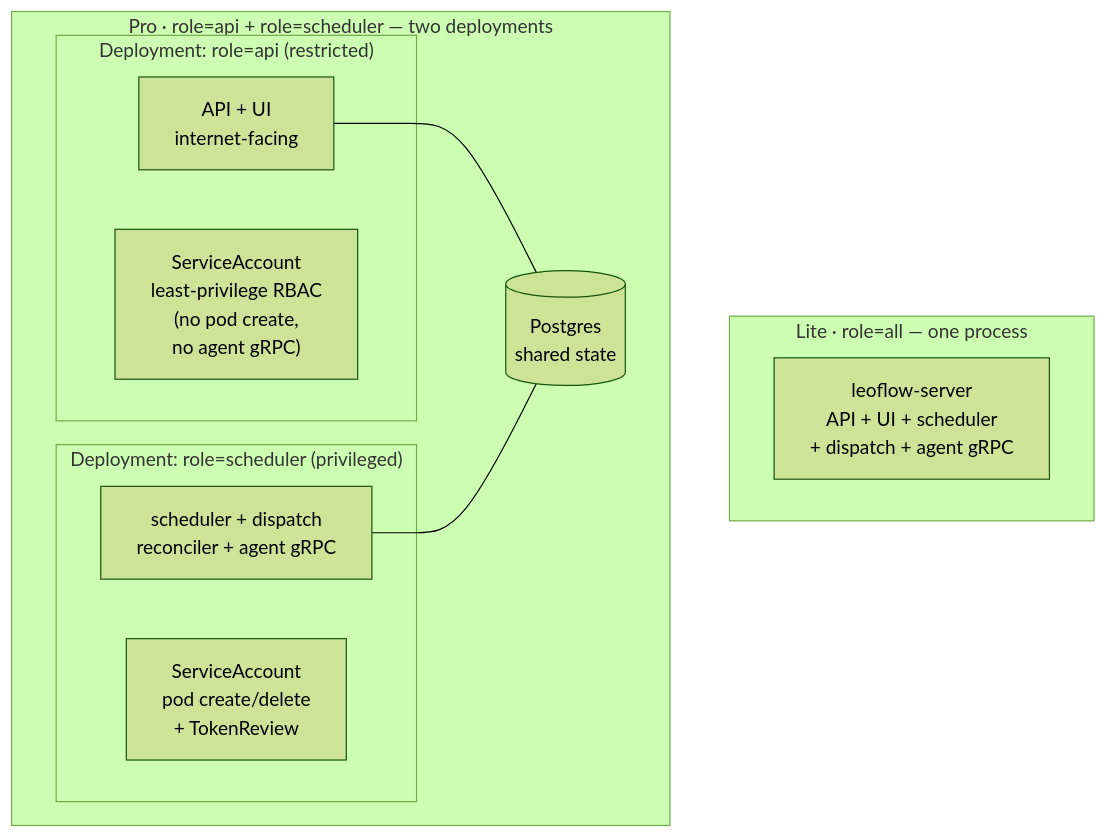
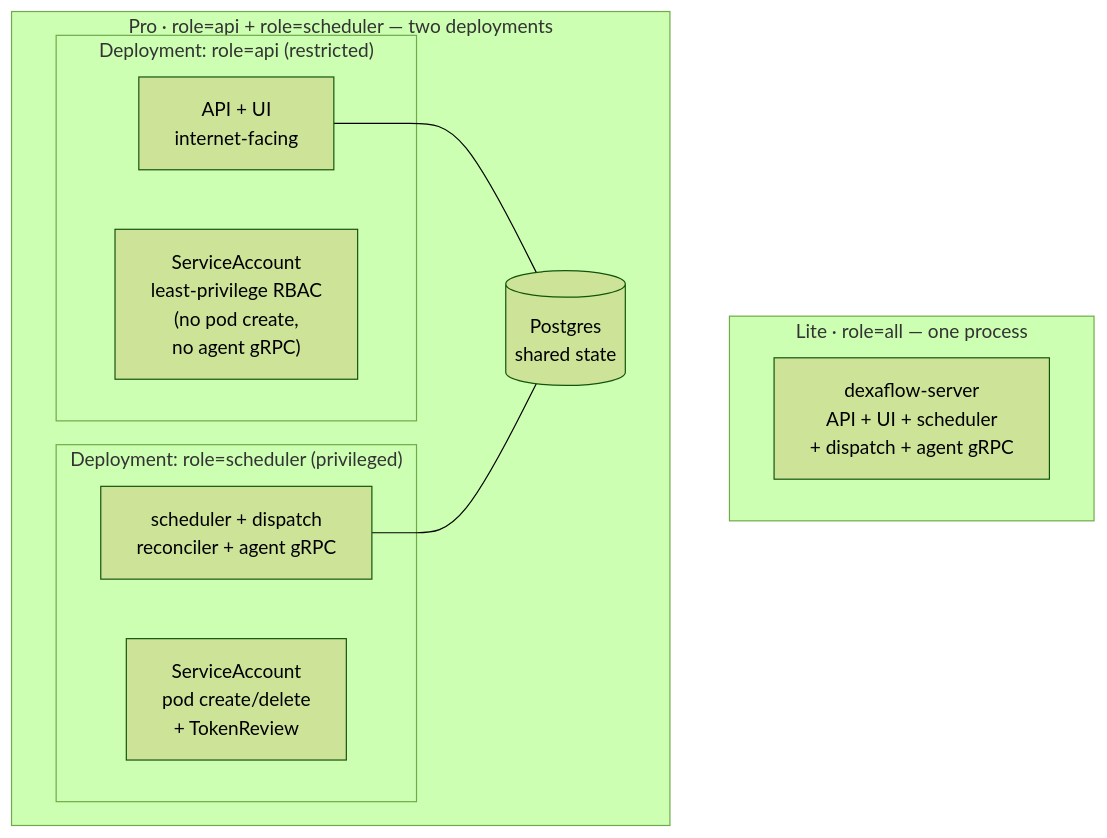
The diagram in website/content/concepts/editions.md (dexadata/dexaflow), drawn with Mermaid (forest theme) before and after one commit. The commit also changed 67 other files, not shown here.

Commit message:
fix: the remaining leoflow names in the UI links, CLI messages, MCP server name and docs

````diff
--- a/website/content/concepts/editions.md
+++ b/website/content/concepts/editions.md
@@ -150,20 +150,20 @@
 ```mermaid
 flowchart TB
   subgraph LITE["Lite · role=all — one process"]
-    ALL["leoflow-server<br/>API + UI + scheduler<br/>+ dispatch + agent gRPC"]
+    ALL["dexaflow-server<br/>API + UI + scheduler<br/>+ dispatch + agent gRPC"]
   end
 
   subgraph PRO["Pro · role=api + role=scheduler — two deployments"]
     direction LR
     subgraph D1["Deployment: role=api (restricted)"]
       APIP["API + UI<br/>internet-facing"]
       RB1["ServiceAccount<br/>least-privilege RBAC<br/>(no pod create,<br/>no agent gRPC)"]
     end
     subgraph D2["Deployment: role=scheduler (privileged)"]
       SCHP["scheduler + dispatch<br/>reconciler + agent gRPC"]
       RB2["ServiceAccount<br/>pod create/delete<br/>+ TokenReview"]
     end
     APIP --- PGP[("Postgres<br/>shared state")]
     SCHP --- PGP
   end
 ```
````
